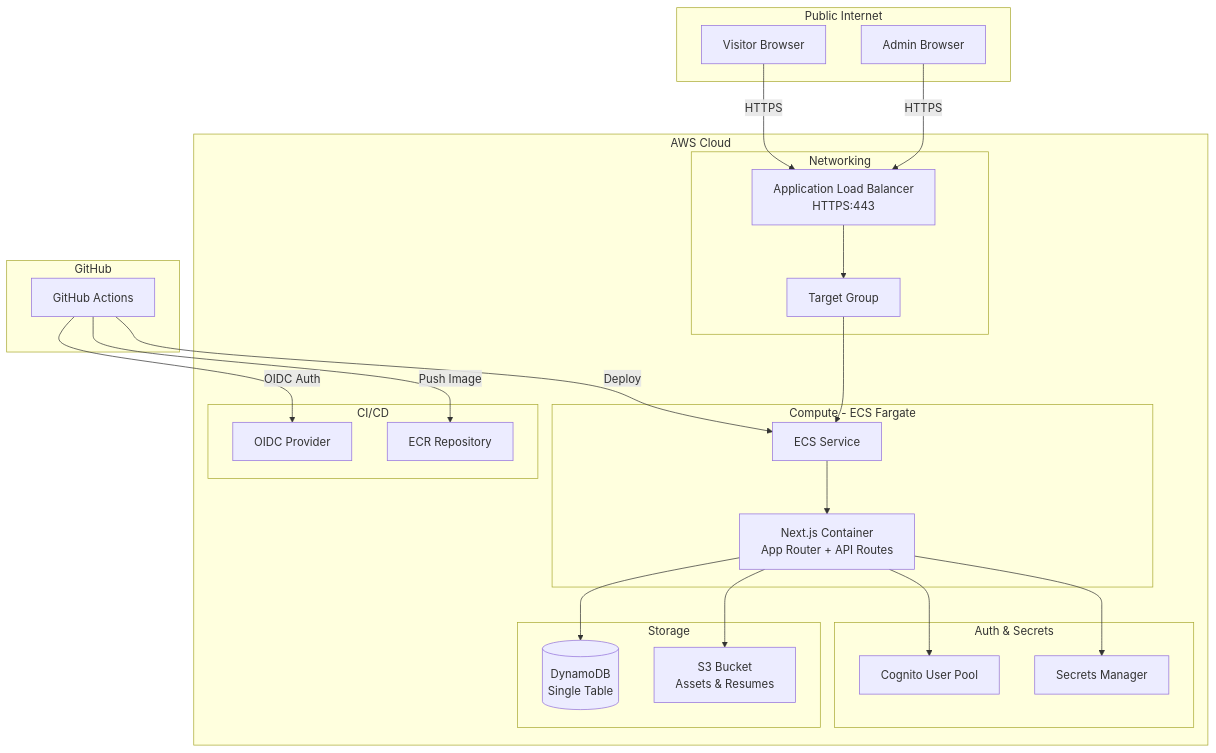
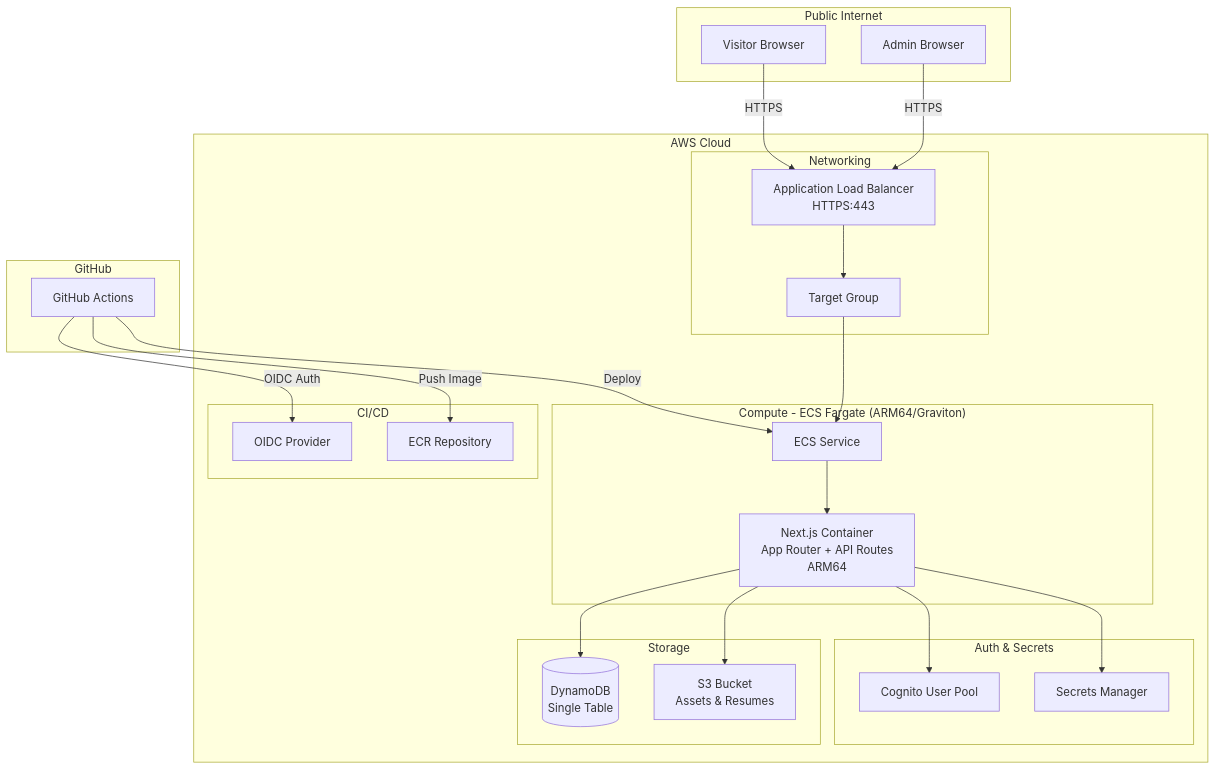
The first of 3 diagrams in .kiro/specs/portfolio-rebuild/design.md (guidoasbun/portfolioV4), drawn with Mermaid before and after one commit. The commit also changed other lines of this file and 7 other files, not shown here.

````diff
--- a/.kiro/specs/portfolio-rebuild/design.md
+++ b/.kiro/specs/portfolio-rebuild/design.md
@@ -21,49 +22,49 @@
 ```mermaid
 graph TB
     subgraph "Public Internet"
         V[Visitor Browser]
         A[Admin Browser]
     end
 
     subgraph "AWS Cloud"
         subgraph "Networking"
             ALB[Application Load Balancer<br/>HTTPS:443]
             TG[Target Group]
         end
 
-        subgraph "Compute - ECS Fargate"
+        subgraph "Compute - ECS Fargate (ARM64/Graviton)"
             SVC[ECS Service]
-            TASK[Next.js Container<br/>App Router + API Routes]
+            TASK[Next.js Container<br/>App Router + API Routes<br/>ARM64]
         end
 
         subgraph "Storage"
             DDB[(DynamoDB<br/>Single Table)]
             S3[S3 Bucket<br/>Assets & Resumes]
         end
 
         subgraph "Auth & Secrets"
             COG[Cognito User Pool]
             SM[Secrets Manager]
         end
 
         subgraph "CI/CD"
             ECR[ECR Repository]
             OIDC[OIDC Provider]
         end
     end
 
     subgraph "GitHub"
         GHA[GitHub Actions]
     end
 
     V -->|HTTPS| ALB
     A -->|HTTPS| ALB
     ALB --> TG --> SVC --> TASK
     TASK --> DDB
     TASK --> S3
     TASK --> COG
     TASK --> SM
     GHA -->|OIDC Auth| OIDC
     GHA -->|Push Image| ECR
     GHA -->|Deploy| SVC
 ```
````
